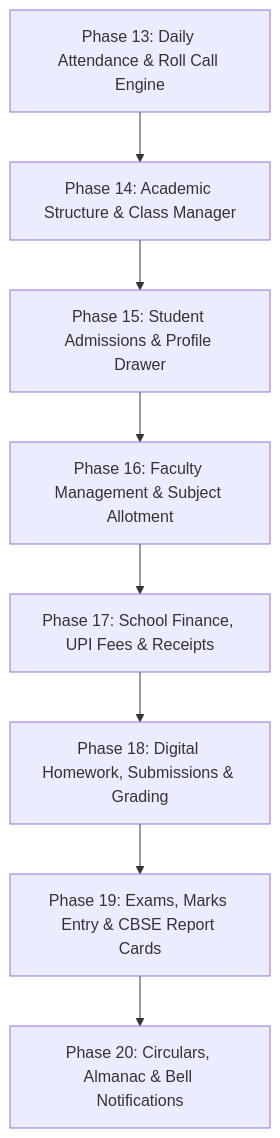
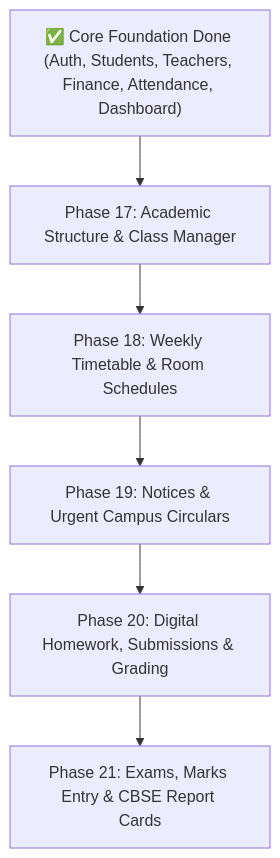
One commit to raishivam-24/School_Mangement_System changed the diagram in docs/implementation-roadmap.md. Above: the diagram before and after it, drawn with Mermaid. The commit also changed other lines of this file and 1 other file, not shown here.

Commit message:
docs: synchronize progress and roadmap with live backend connection status

````diff
--- a/docs/implementation-roadmap.md
+++ b/docs/implementation-roadmap.md
@@ -29,10 +30,8 @@
 ```mermaid
 graph TD
-    P13["Phase 13: Daily Attendance & Roll Call Engine"] --> P14["Phase 14: Academic Structure & Class Manager"]
-    P14 --> P15["Phase 15: Student Admissions & Profile Drawer"]
-    P15 --> P16["Phase 16: Faculty Management & Subject Allotment"]
-    P16 --> P17["Phase 17: School Finance, UPI Fees & Receipts"]
-    P17 --> P18["Phase 18: Digital Homework, Submissions & Grading"]
-    P18 --> P19["Phase 19: Exams, Marks Entry & CBSE Report Cards"]
-    P19 --> P20["Phase 20: Circulars, Almanac & Bell Notifications"]
+    DONE["✅ Core Foundation Done (Auth, Students, Teachers, Finance, Attendance, Dashboard)"] --> P17["Phase 17: Academic Structure & Class Manager"]
+    P17 --> P18["Phase 18: Weekly Timetable & Room Schedules"]
+    P18 --> P19["Phase 19: Notices & Urgent Campus Circulars"]
+    P19 --> P20["Phase 20: Digital Homework, Submissions & Grading"]
+    P20 --> P21["Phase 21: Exams, Marks Entry & CBSE Report Cards"]
 ```
````
